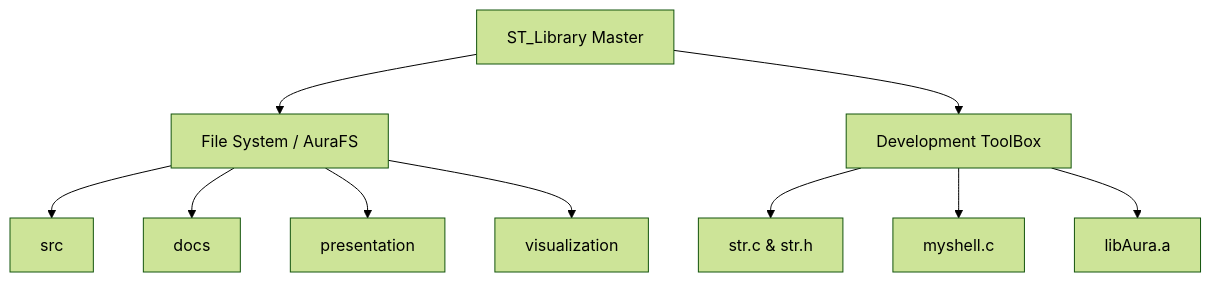
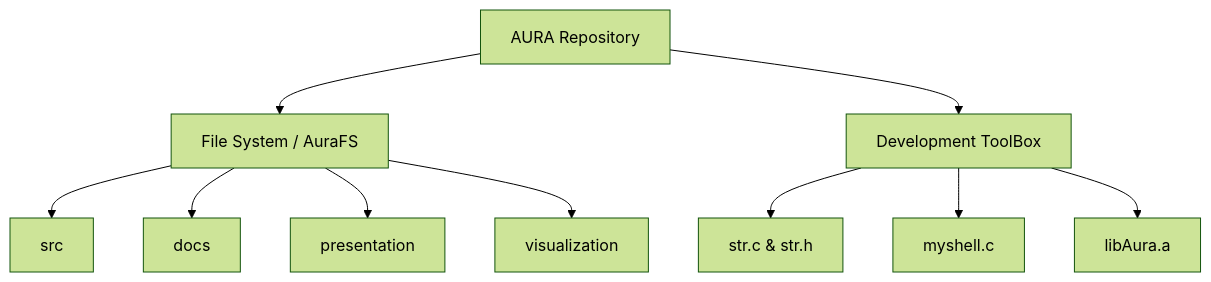
The diagram in README.md (maselgazwy10-gif/ST_Library), drawn with Mermaid (forest theme) before and after one commit. The commit also changed other lines of this file and 2 other files, not shown here.

Commit message:
Update banner to AURA Undertale style and refine README

````diff
--- a/README.md
+++ b/README.md
@@ -21,14 +21,14 @@
 ```mermaid
 graph TD;
-    A[ST_Library Master] --> B[File System / AuraFS]
+    A[AURA Repository] --> B[File System / AuraFS]
     A --> C[Development ToolBox]
     
     B --> D[src]
     B --> E[docs]
     B --> F[presentation]
     B --> G[visualization]
     
     C --> H[str.c & str.h]
     C --> I[myshell.c]
     C --> J[libAura.a]
 ```
````
